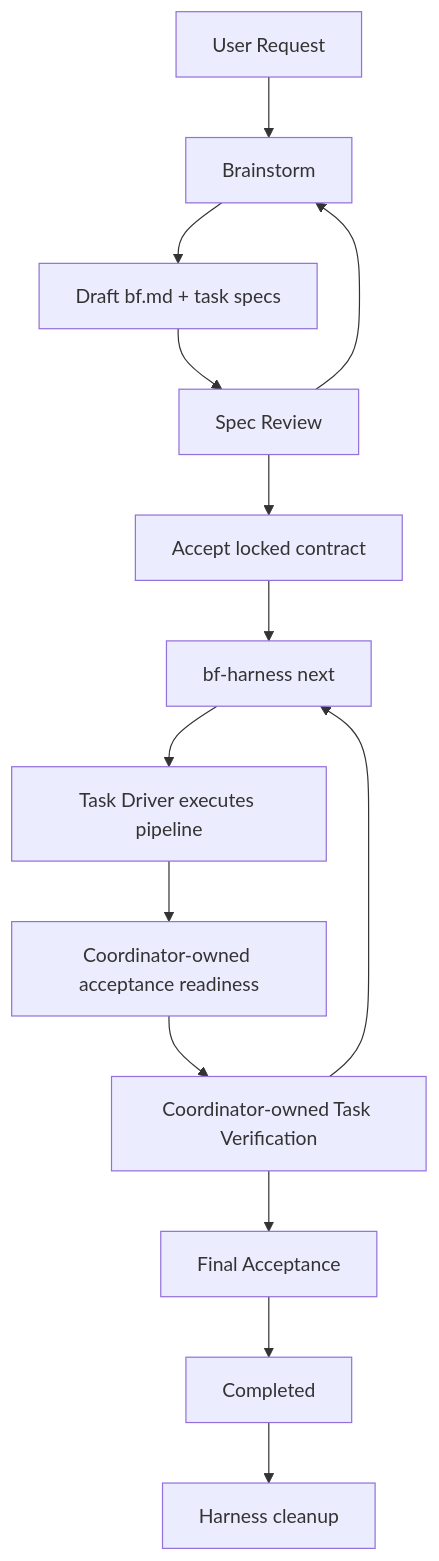
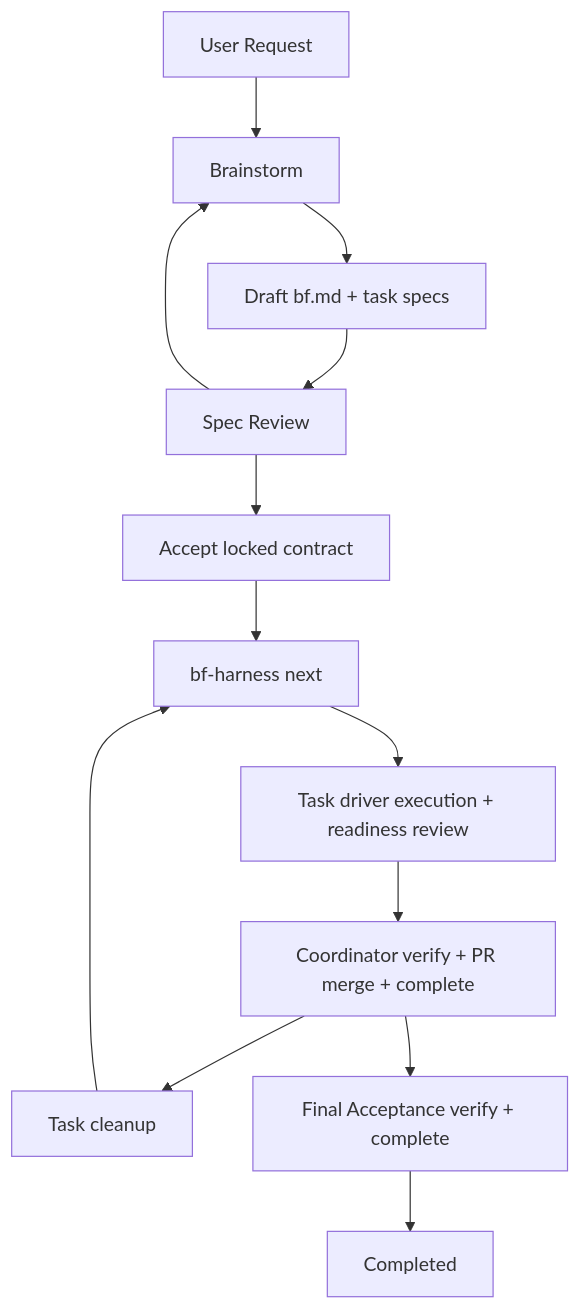
The diagram in docs/spec.md (codetreker/blueprintflow), drawn with Mermaid before and after one commit. The commit also changed other lines of this file and 48 other files, not shown here.

First line of the commit message:
Refine BF execution task orchestration (#132)

````diff
--- a/docs/spec.md
+++ b/docs/spec.md
@@ -56,16 +56,15 @@
 ```mermaid
 flowchart TB
   request[User Request] --> brainstorm[Brainstorm]
   brainstorm --> spec[Draft bf.md + task specs]
   spec --> specReview[Spec Review]
   specReview --> accept[Accept locked contract]
   specReview --> brainstorm
   accept --> next[bf-harness next]
-  next --> driver[Task Driver executes pipeline]
-  driver --> readiness[Coordinator-owned acceptance readiness]
-  readiness --> taskReview[Coordinator-owned Task Verification]
-  taskReview --> next
-  taskReview --> finalReview[Final Acceptance]
+  next --> driver[Task driver execution + readiness review]
+  driver --> coordinatorVerify[Coordinator verify + PR merge + complete]
+  coordinatorVerify --> taskCleanup[Task cleanup]
+  taskCleanup --> next
+  coordinatorVerify --> finalReview[Final Acceptance verify + complete]
   finalReview --> completed[Completed]
-  completed --> cleanup[Harness cleanup]
 ```
````
